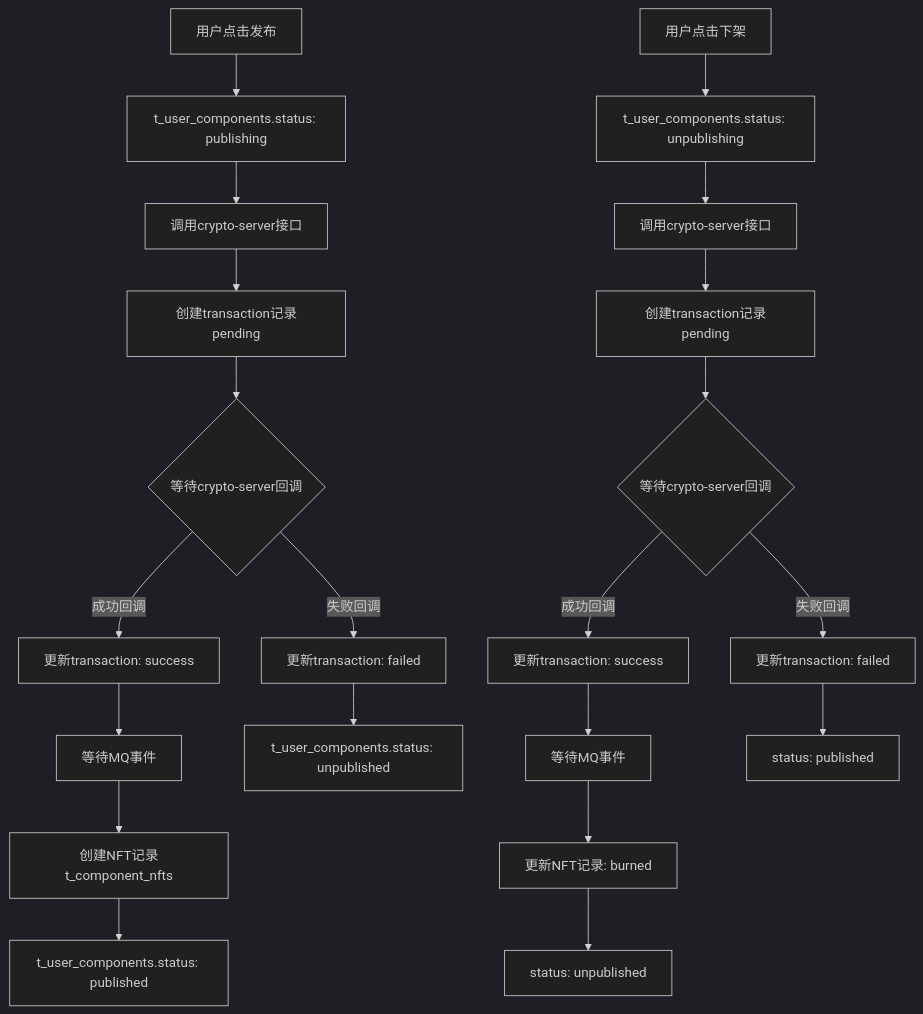
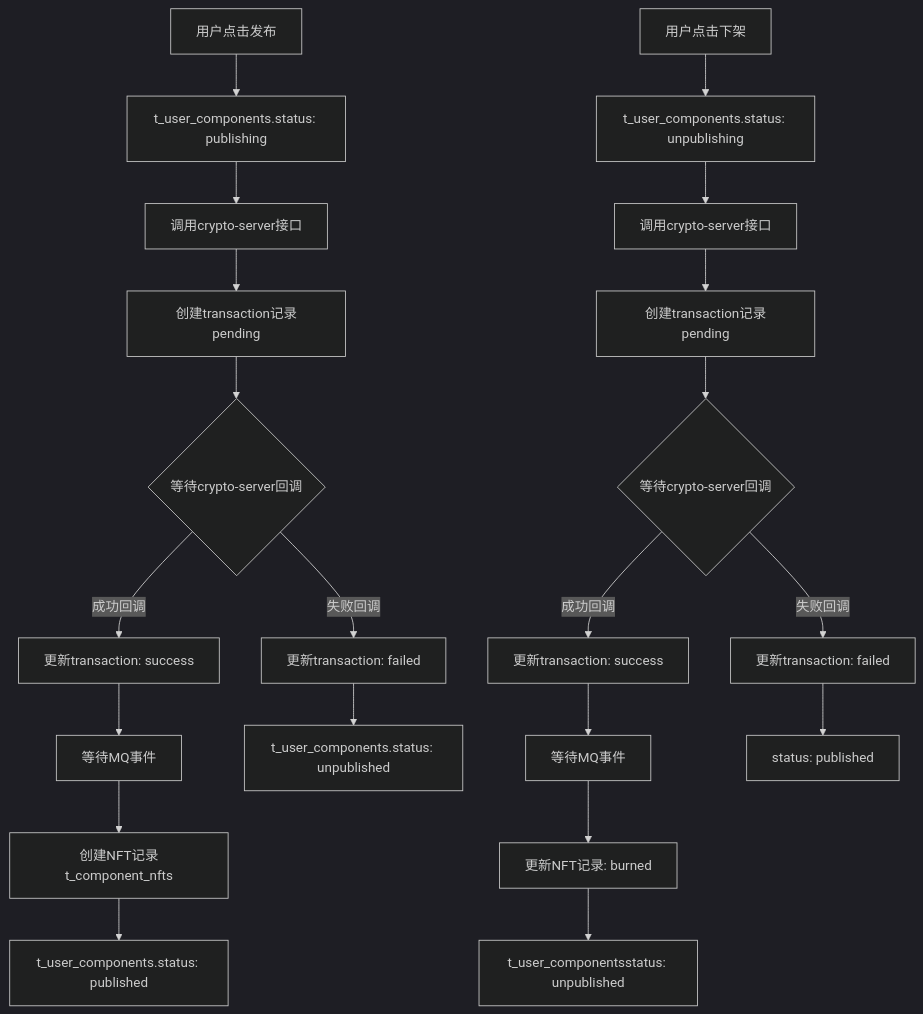
One commit to yingjianzh/iodraw-files changed the diagram in all/未命名-74.md. Above: the diagram before and after it, drawn with Mermaid (dark theme).

Commit message:
2025-07-07 15:53:03 update

````diff
--- a/all/未命名-74.md
+++ b/all/未命名-74.md
@@ -1,30 +1,30 @@
 ```mermaid
 
 graph TD
     A[用户点击发布] --> B[t_user_components.status: publishing]
     B --> C[调用crypto-server接口]
     C --> D[创建transaction记录pending]
     D --> E{等待crypto-server回调}
     
     E -->|成功回调| F[更新transaction: success]
     F --> G[等待MQ事件]
     G --> H[创建NFT记录t_component_nfts]
     H --> I[t_user_components.status: published]
     
     E -->|失败回调| J[更新transaction: failed]
     J --> K[t_user_components.status: unpublished]
     
     L[用户点击下架] --> M[t_user_components.status: unpublishing]
     M --> N[调用crypto-server接口]
     N --> O[创建transaction记录pending]
     O --> P{等待crypto-server回调}
     
     P -->|成功回调| Q[更新transaction: success]
     Q --> R[等待MQ事件]
     R --> S[更新NFT记录: burned]
-    S --> T[status: unpublished]
+    S --> T[t_user_componentsstatus: unpublished]
     
     P -->|失败回调| U[更新transaction: failed]
     U --> V[status: published]
 
 ```
````
